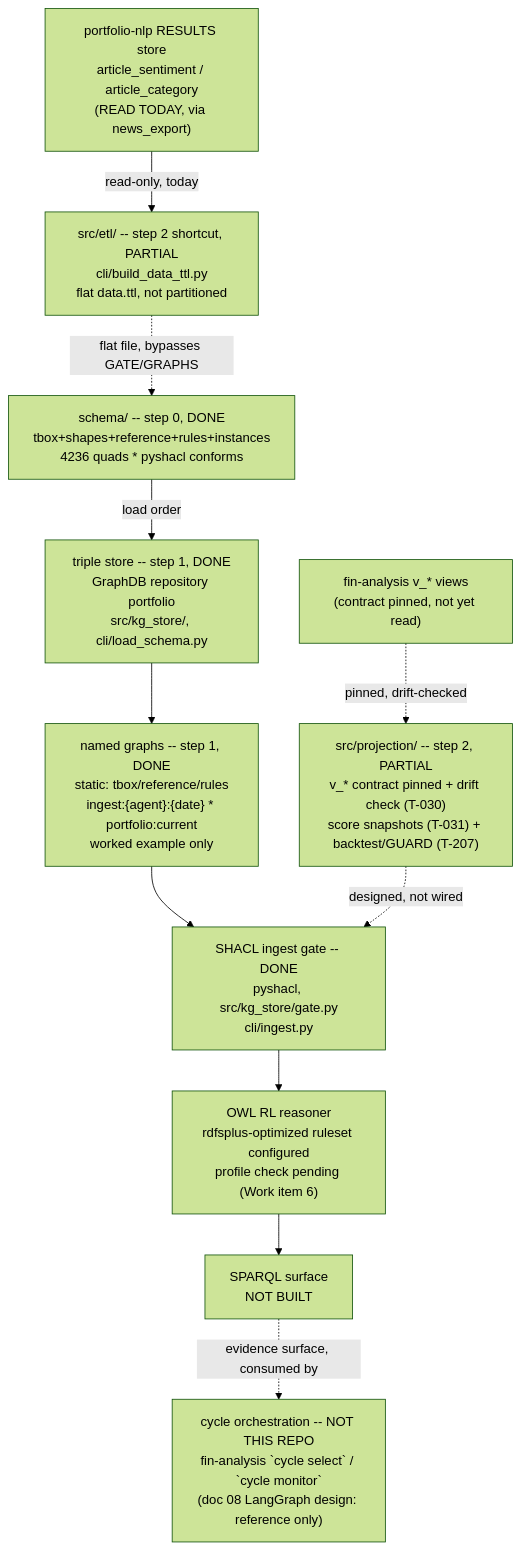
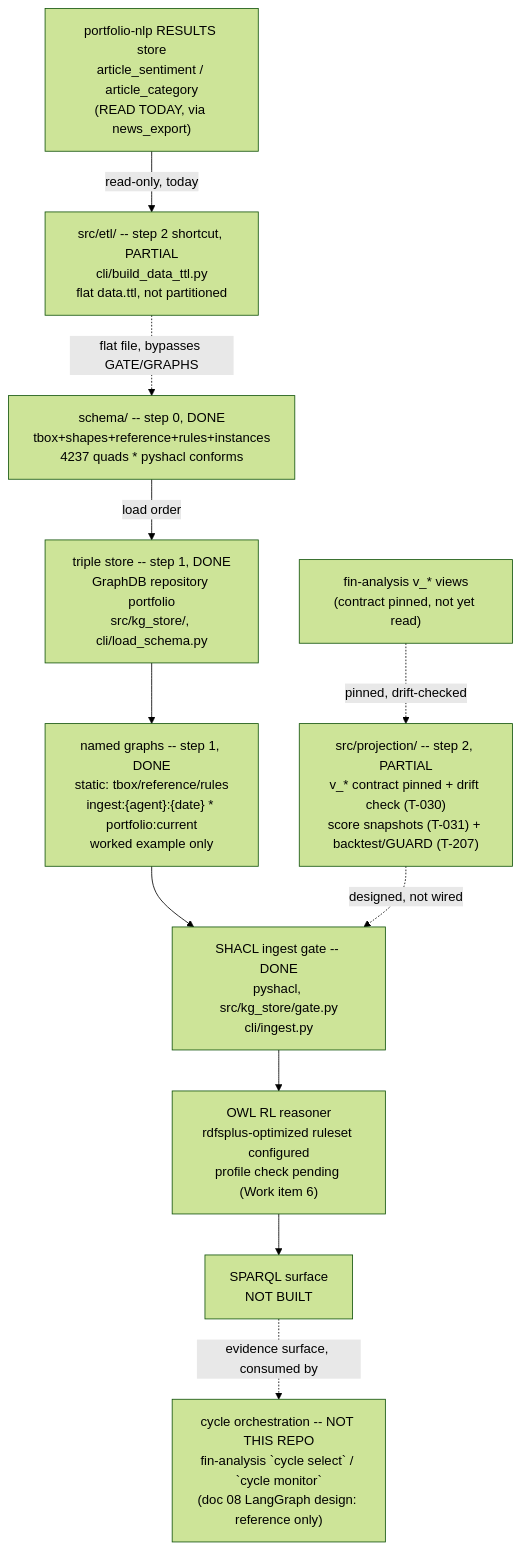
The diagram in .specify/memory/SPEC.md (gamug/portfolio-knowledge-graph), drawn with Mermaid (forest theme) before and after one commit. The commit also changed other lines of this file and 16 other files, not shown here.

````diff
--- a/.specify/memory/SPEC.md
+++ b/.specify/memory/SPEC.md
@@ -875,22 +876,22 @@
 ```mermaid
 flowchart TB
-    SCHEMA["schema/ -- step 0, DONE<br/>tbox+shapes+reference+rules+instances<br/>4236 quads * pyshacl conforms"]
+    SCHEMA["schema/ -- step 0, DONE<br/>tbox+shapes+reference+rules+instances<br/>4237 quads * pyshacl conforms"]
     STORE["triple store -- step 1, DONE<br/>GraphDB repository portfolio<br/>src/kg_store/, cli/load_schema.py"]
     GRAPHS["named graphs -- step 1, DONE<br/>static: tbox/reference/rules<br/>ingest:{agent}:{date} * portfolio:current<br/>worked example only"]
     GATE["SHACL ingest gate -- DONE<br/>pyshacl, src/kg_store/gate.py<br/>cli/ingest.py"]
     PROJ["src/projection/ -- step 2, PARTIAL<br/>v_* contract pinned + drift check (T-030)<br/>score snapshots (T-031) + backtest/GUARD (T-207)"]
     FIN["fin-analysis v_* views<br/>(contract pinned, not yet read)"]
     NLPRES["portfolio-nlp RESULTS store<br/>article_sentiment / article_category<br/>(READ TODAY, via news_export)"]
     ETL["src/etl/ -- step 2 shortcut, PARTIAL<br/>cli/build_data_ttl.py<br/>flat data.ttl, not partitioned"]
     REASON["OWL RL reasoner<br/>rdfsplus-optimized ruleset configured<br/>profile check pending (Work item 6)"]
     SPARQL["SPARQL surface<br/>NOT BUILT"]
     AGENTS["cycle orchestration -- NOT THIS REPO<br/>fin-analysis `cycle select` / `cycle monitor`<br/>(doc 08 LangGraph design: reference only)"]
 
     SCHEMA -->|load order| STORE --> GRAPHS --> GATE
     FIN -.->|pinned, drift-checked| PROJ
     PROJ -.->|designed, not wired| GATE
     NLPRES -->|read-only, today| ETL
     ETL -.->|flat file, bypasses GATE/GRAPHS| SCHEMA
     GATE --> REASON --> SPARQL
     SPARQL -.->|evidence surface, consumed by| AGENTS
 ```
````
